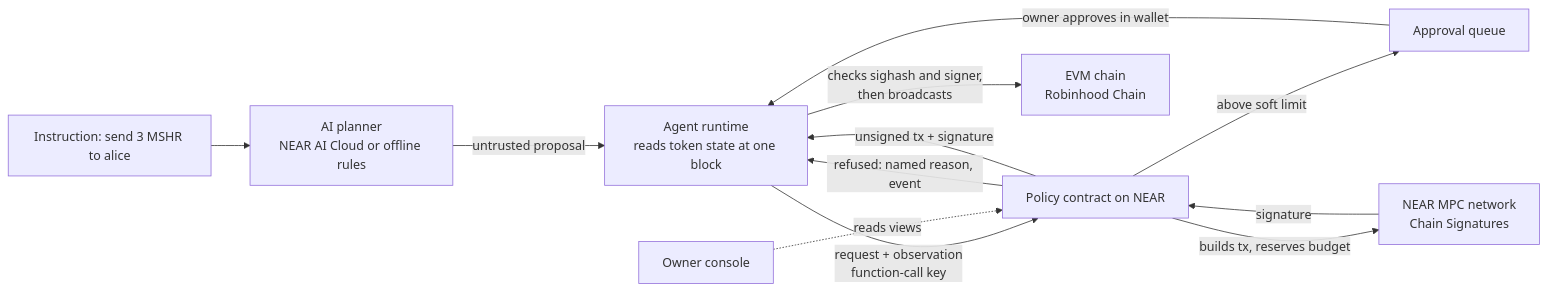
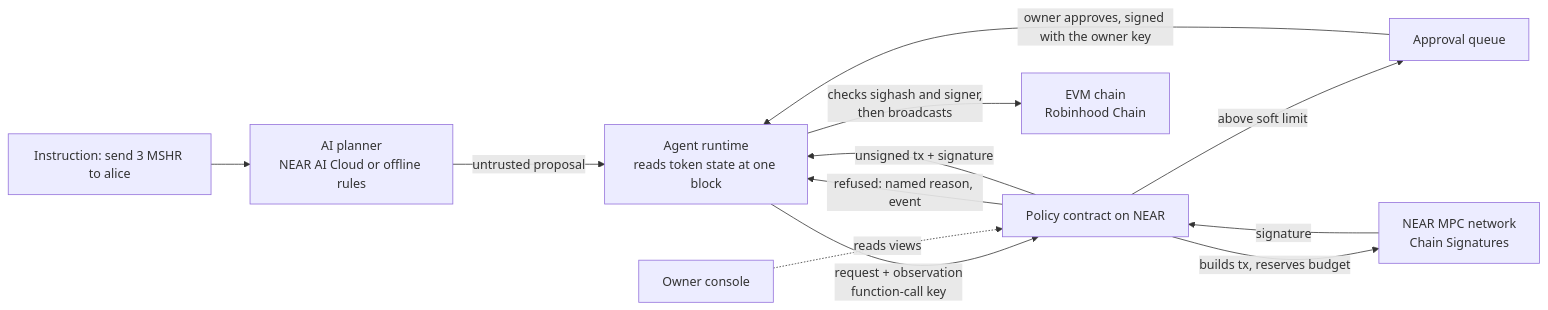
The diagram in README.md (shareexact/near-policy-signer), drawn with Mermaid before and after one commit. The commit also changed other lines of this file and 2 other files, not shown here.

First line of the commit message:
document native transfers, the policy delay and the roadmap

````diff
--- a/README.md
+++ b/README.md
@@ -13,14 +13,14 @@
 ```mermaid
 flowchart LR
   U[Instruction: send 3 MSHR to alice] --> P[AI planner<br/>NEAR AI Cloud or offline rules]
   P -->|untrusted proposal| A[Agent runtime<br/>reads token state at one block]
   A -->|request + observation<br/>function-call key| C[Policy contract on NEAR]
   C -->|refused: named reason, event| A
   C -->|above soft limit| Q[Approval queue]
-  Q -->|owner approves in wallet| A
+  Q -->|owner approves, signed with the owner key| A
   C -->|builds tx, reserves budget| M[NEAR MPC network<br/>Chain Signatures]
   M -->|signature| C
   C -->|unsigned tx + signature| A
   A -->|checks sighash and signer,<br/>then broadcasts| E[EVM chain<br/>Robinhood Chain]
   O[Owner console] -.->|reads views| C
 ```
````
